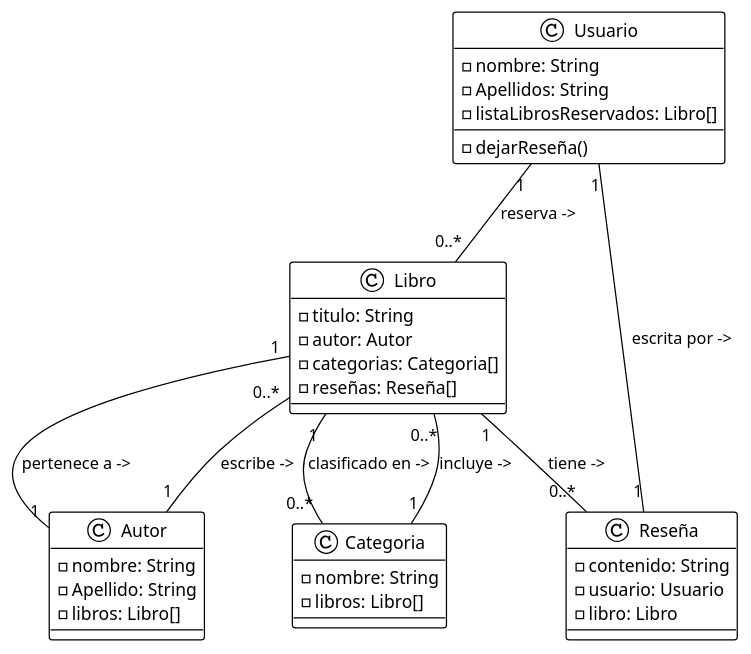
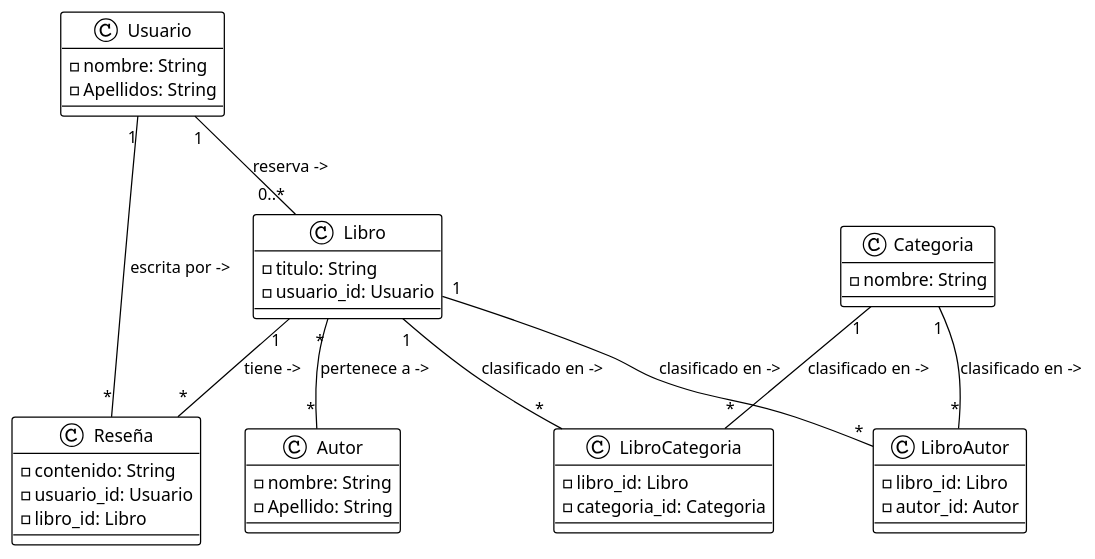
Before and after one commit to Jefer-Rodri/APLICACIONLARAVEL: the diagram in diagramauml.puml, drawn with PlantUML.

Commit message:
tercer commit

```diff
--- a/diagramauml.puml
+++ b/diagramauml.puml
@@ -1,43 +1,48 @@
 @startuml diagramauml
 !theme plain
 
 class Usuario {
   - nombre: String
   - Apellidos: String
-  - listaLibrosReservados: Libro[]
-  - dejarReseña()
 }
 
 class Libro {
   - titulo: String
-  - autor: Autor
-  - categorias: Categoria[]
-  - reseñas: Reseña[]
+  - usuario_id: Usuario
 }
 
 class Reseña {
   - contenido: String
-  - usuario: Usuario
-  - libro: Libro
+  - usuario_id: Usuario
+  - libro_id: Libro
 }
 
 class Autor {
   - nombre: String
   - Apellido: String
-  - libros: Libro[]
 }
 
 class Categoria {
   - nombre: String
-  - libros: Libro[]
+}
+
+class LibroCategoria {
+  - libro_id: Libro
+  - categoria_id: Categoria
+}
+
+class LibroAutor {
+  - libro_id: Libro
+  - autor_id: Autor
 }
 
 Usuario "1" -- "0..*" Libro : reserva ->
-Libro "1" -- "1" Autor : pertenece a ->
-Libro "1" -- "0..*" Categoria : clasificado en ->
-Libro "1" -- "0..*" Reseña : tiene ->
-Reseña "1" -- "1" Usuario : escrita por ->
-Autor "1" -- "0..*" Libro : escribe ->
-Categoria "1" -- "0..*" Libro : incluye ->
+Libro "*" -- "*" Autor : pertenece a ->
+Libro "1" -- "*" LibroCategoria : clasificado en ->
+Libro "1" -- "*" LibroAutor : clasificado en ->
+Categoria "1" -- "*" LibroCategoria : clasificado en ->
+Categoria "1" -- "*" LibroAutor : clasificado en ->
+Libro "1" -- "*" Reseña : tiene ->
+Reseña "*" -- "1" Usuario : escrita por ->
 
 @enduml
```
